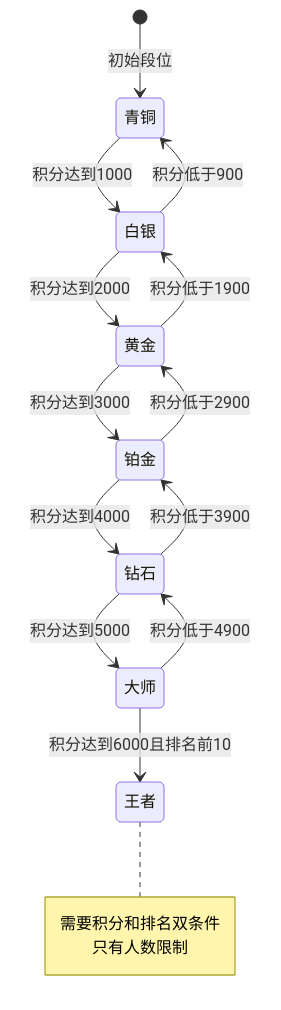
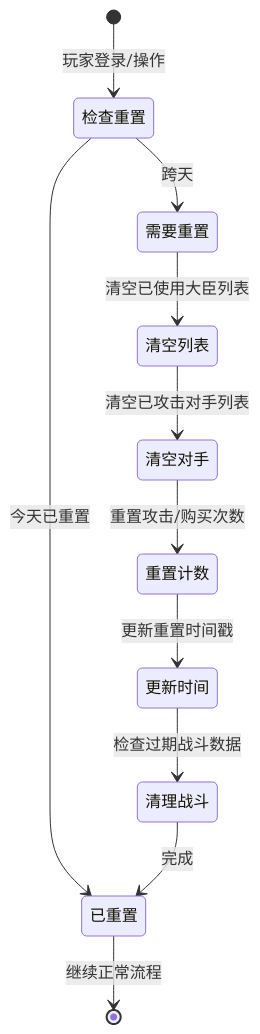
The third of 3 diagrams in docs/Module_Arena/06_实现细节.md (Alan-Ben/k2c_game_framework), drawn with Mermaid before and after one commit. The commit also changed other lines of this file and 75 other files, not shown here.

````diff
--- a/docs/Module_Arena/06_实现细节.md
+++ b/docs/Module_Arena/06_实现细节.md
@@ -123,21 +186,16 @@
 ```mermaid
 stateDiagram-v2
-    [*] --> 青铜: 初始段位
-    青铜 --> 白银: 积分达到1000
-    白银 --> 黄金: 积分达到2000
-    黄金 --> 铂金: 积分达到3000
-    铂金 --> 钻石: 积分达到4000
-    钻石 --> 大师: 积分达到5000
-    大师 --> 王者: 积分达到6000且排名前10
+    [*] --> 检查重置: 玩家登录/操作
 
-    白银 --> 青铜: 积分低于900
-    黄金 --> 白银: 积分低于1900
-    铂金 --> 黄金: 积分低于2900
-    钻石 --> 铂金: 积分低于3900
-    大师 --> 钻石: 积分低于4900
+    检查重置 --> 已重置: 今天已重置
+    检查重置 --> 需要重置: 跨天
 
-    note right of 王者
-        需要积分和排名双条件
-        只有人数限制
-    end note
+    需要重置 --> 清空列表: 清空已使用大臣列表
+    清空列表 --> 清空对手: 清空已攻击对手列表
+    清空对手 --> 重置计数: 重置攻击/购买次数
+    重置计数 --> 更新时间: 更新重置时间戳
+    更新时间 --> 清理战斗: 检查过期战斗数据
+    清理战斗 --> 已重置: 完成
+
+    已重置 --> [*]: 继续正常流程
 ```
````
